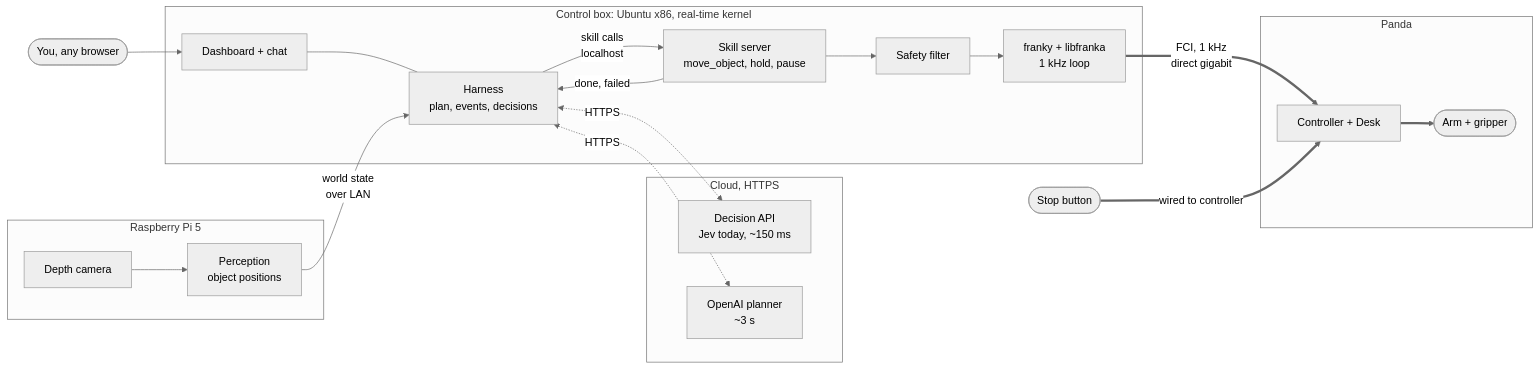
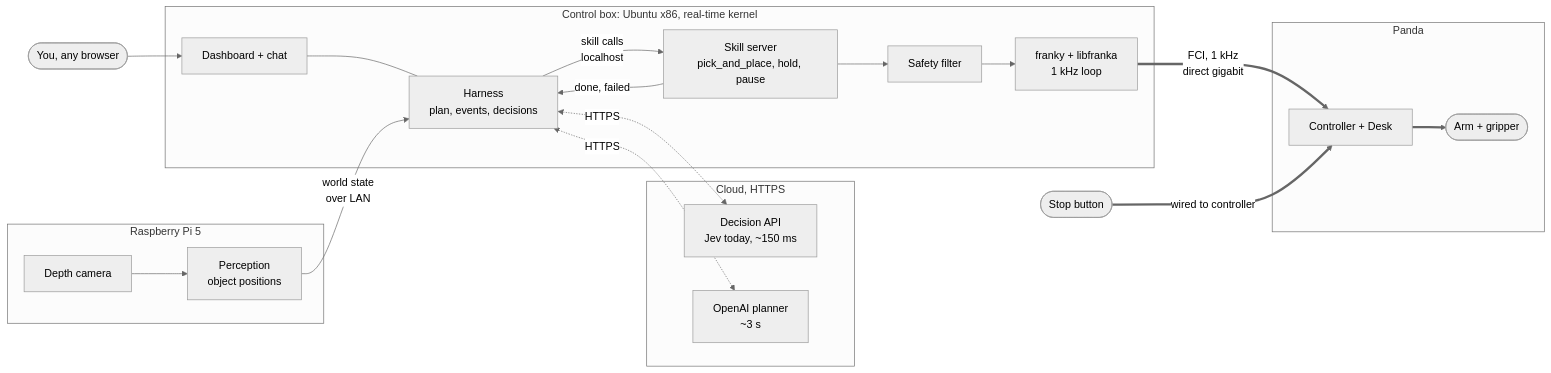
The first of 3 diagrams in docs/panda-setup.md (alee792/robojev), drawn with Mermaid (neutral theme) before and after one commit. The commit also changed other lines of this file and 6 other files, not shown here.

First line of the commit message:
Rename move_object to pick_and_place, the standard term

````diff
--- a/docs/panda-setup.md
+++ b/docs/panda-setup.md
@@ -42,32 +42,32 @@
 ```mermaid
 flowchart LR
     subgraph cloud [Cloud, HTTPS]
         jev[Decision API<br/>Jev today, ~150 ms]
         llm[OpenAI planner<br/>~3 s]
     end
     subgraph pi [Raspberry Pi 5]
         cam[Depth camera] --> percep[Perception<br/>object positions]
     end
     subgraph ctrl [Control box: Ubuntu x86, real-time kernel]
         harness[Harness<br/>plan, events, decisions]
         dash[Dashboard + chat]
-        skills[Skill server<br/>move_object, hold, pause]
+        skills[Skill server<br/>pick_and_place, hold, pause]
         safety[Safety filter]
         lf[franky + libfranka<br/>1 kHz loop]
     end
     subgraph robot [Panda]
         fc[Controller + Desk]
         arm([Arm + gripper])
     end
     user([You, any browser]) --> dash
     dash --- harness
     harness <-. "HTTPS" .-> jev
     harness <-. "HTTPS" .-> llm
     percep -- "world state<br/>over LAN" --> harness
     harness -- "skill calls<br/>localhost" --> skills
     skills -- "done, failed" --> harness
     skills --> safety --> lf
     lf == "FCI, 1 kHz<br/>direct gigabit" ==> fc
     fc ==> arm
     stop([Stop button]) == "wired to controller" ==> fc
 ```
````
